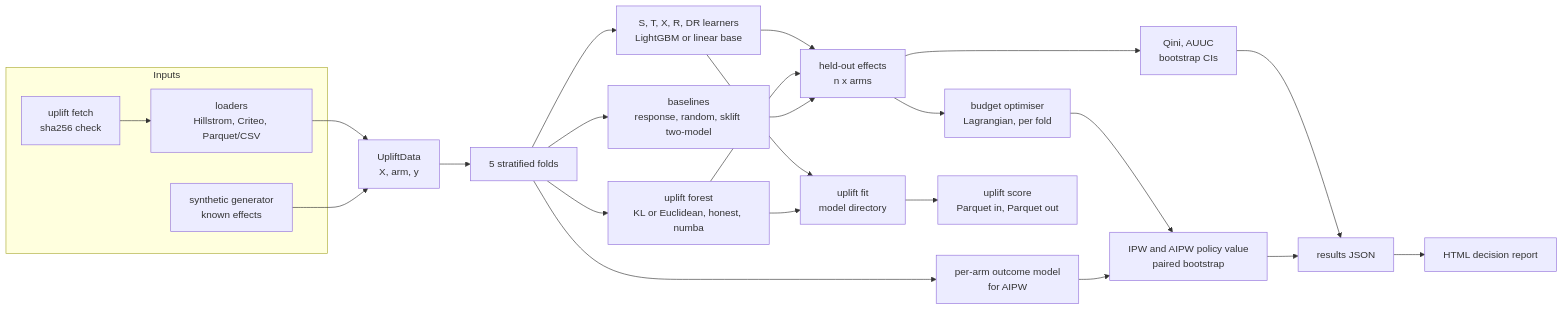
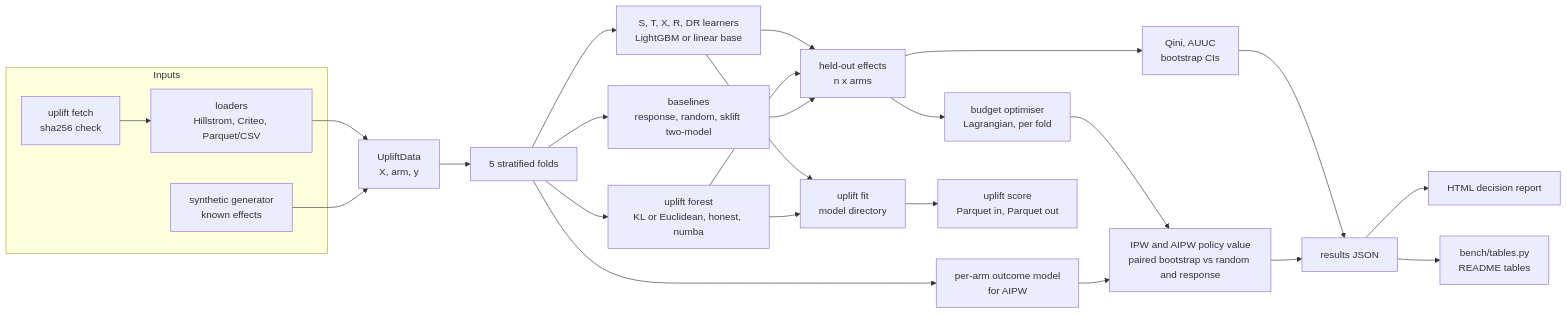
Before and after one commit to daniellopez882/causal-uplift-targeting: the diagram in README.md, drawn with Mermaid. The commit also changed other lines of this file, not shown here.

````diff
--- a/README.md
+++ b/README.md
@@ -188,27 +260,28 @@
 ```mermaid
 flowchart LR
     subgraph inputs[Inputs]
         FETCH["uplift fetch<br/>sha256 check"] --> LOAD["loaders<br/>Hillstrom, Criteo, Parquet/CSV"]
         SYN["synthetic generator<br/>known effects"]
     end
     LOAD --> DATA["UpliftData<br/>X, arm, y"]
     SYN --> DATA
     DATA --> FOLDS["5 stratified folds"]
     FOLDS --> META["S, T, X, R, DR learners<br/>LightGBM or linear base"]
     FOLDS --> FOREST["uplift forest<br/>KL or Euclidean, honest, numba"]
     FOLDS --> BASE["baselines<br/>response, random, sklift two-model"]
     FOLDS --> MU["per-arm outcome model<br/>for AIPW"]
     META --> CATE["held-out effects<br/>n x arms"]
     FOREST --> CATE
     BASE --> CATE
     CATE --> RANK["Qini, AUUC<br/>bootstrap CIs"]
     CATE --> ALLOC["budget optimiser<br/>Lagrangian, per fold"]
-    ALLOC --> OPE["IPW and AIPW policy value<br/>paired bootstrap"]
+    ALLOC --> OPE["IPW and AIPW policy value<br/>paired bootstrap vs random and response"]
     MU --> OPE
     RANK --> JSON["results JSON"]
     OPE --> JSON
     JSON --> HTML["HTML decision report"]
+    JSON --> TABLES["bench/tables.py<br/>README tables"]
     META --> MODEL["uplift fit<br/>model directory"]
     FOREST --> MODEL
     MODEL --> SCORE["uplift score<br/>Parquet in, Parquet out"]
 ```
````
